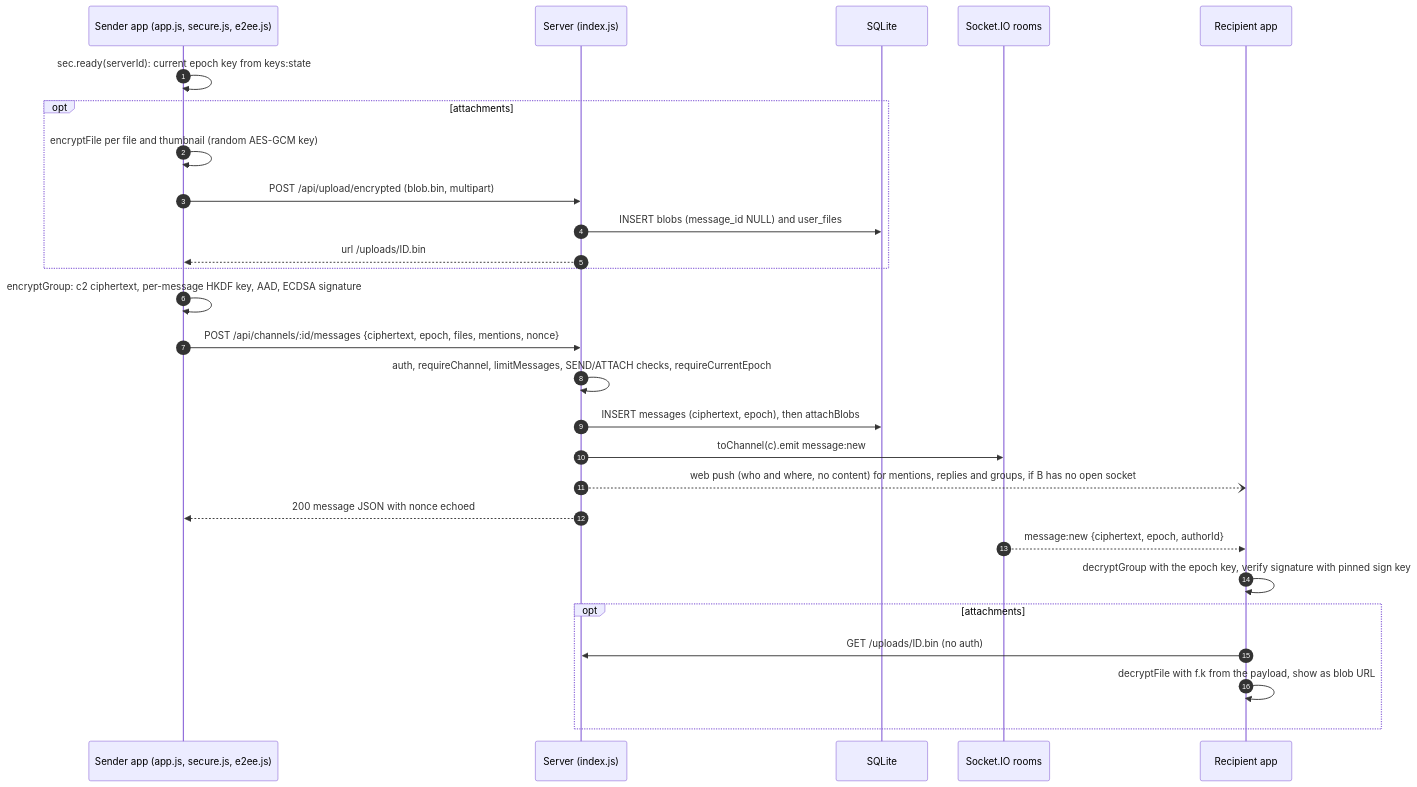
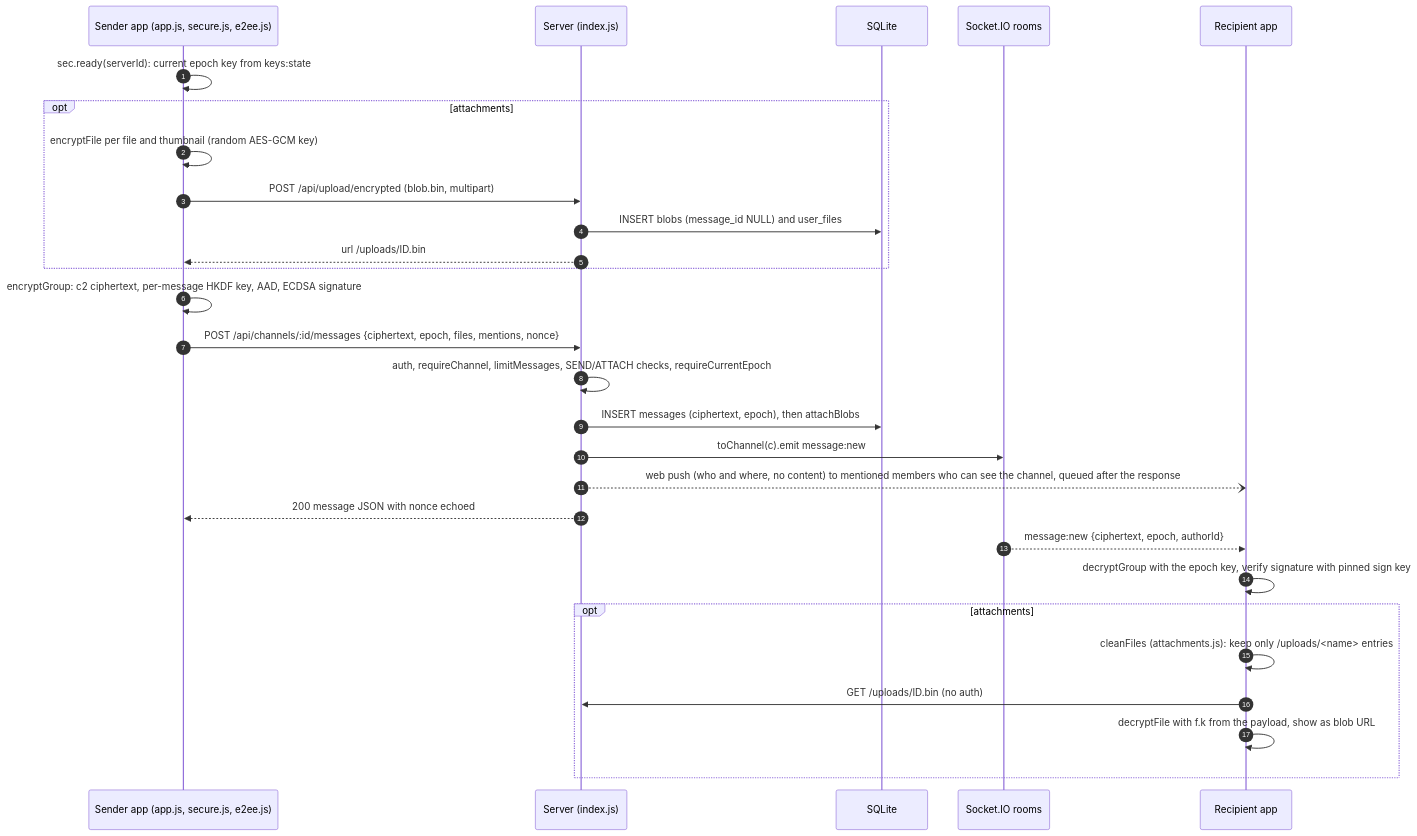
One commit to Pandabear445/Pandabear445.github.io changed the second of 2 diagrams in hearth/docs/ARCHITECTURE.md. Above: the diagram before and after it, drawn with Mermaid. The commit also changed other lines of this file and 11 other files, not shown here.

````diff
--- a/hearth/docs/ARCHITECTURE.md
+++ b/hearth/docs/ARCHITECTURE.md
@@ -97,29 +106,30 @@
 ```mermaid
 sequenceDiagram
   autonumber
   participant A as Sender app (app.js, secure.js, e2ee.js)
   participant S as Server (index.js)
   participant D as SQLite
   participant IO as Socket.IO rooms
   participant B as Recipient app
   A->>A: sec.ready(serverId): current epoch key from keys:state
   opt attachments
     A->>A: encryptFile per file and thumbnail (random AES-GCM key)
     A->>S: POST /api/upload/encrypted (blob.bin, multipart)
     S->>D: INSERT blobs (message_id NULL) and user_files
     S-->>A: url /uploads/ID.bin
   end
   A->>A: encryptGroup: c2 ciphertext, per-message HKDF key, AAD, ECDSA signature
   A->>S: POST /api/channels/:id/messages {ciphertext, epoch, files, mentions, nonce}
   S->>S: auth, requireChannel, limitMessages, SEND/ATTACH checks, requireCurrentEpoch
   S->>D: INSERT messages (ciphertext, epoch), then attachBlobs
   S->>IO: toChannel(c).emit message:new
-  S--)B: web push (who and where, no content) for mentions, replies and groups, if B has no open socket
+  S--)B: web push (who and where, no content) to mentioned members who can see the channel, queued after the response
   S-->>A: 200 message JSON with nonce echoed
   IO-->>B: message:new {ciphertext, epoch, authorId}
   B->>B: decryptGroup with the epoch key, verify signature with pinned sign key
   opt attachments
+    B->>B: cleanFiles (attachments.js): keep only /uploads/<name> entries
     B->>S: GET /uploads/ID.bin (no auth)
     B->>B: decryptFile with f.k from the payload, show as blob URL
   end
 ```
````
